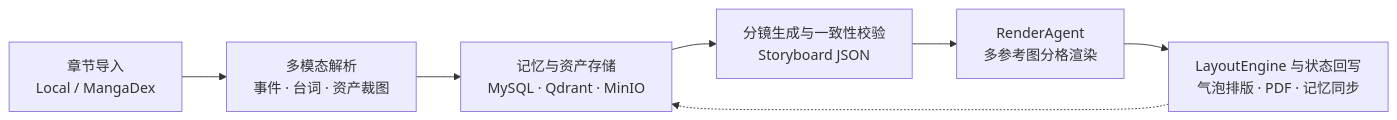
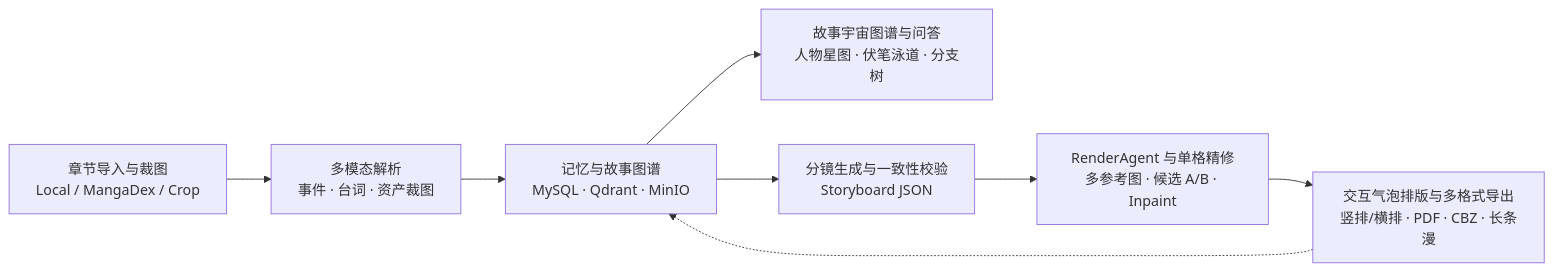
The diagram in README.zh-CN.md (Gwen0x4c3/manga-forge), drawn with Mermaid before and after one commit. The commit also changed other lines of this file and 18 other files, not shown here.

````diff
--- a/README.zh-CN.md
+++ b/README.zh-CN.md
@@ -64,9 +91,10 @@
 ```mermaid
 flowchart LR
-    Ingest["章节导入<br/>Local / MangaDex"] --> Understand["多模态解析<br/>事件 · 台词 · 资产裁图"]
-    Understand --> Memory["记忆与资产存储<br/>MySQL · Qdrant · MinIO"]
+    Ingest["章节导入与裁图<br/>Local / MangaDex / Crop"] --> Understand["多模态解析<br/>事件 · 台词 · 资产裁图"]
+    Understand --> Memory["记忆与故事图谱<br/>MySQL · Qdrant · MinIO"]
+    Memory --> Atlas["故事宇宙图谱与问答<br/>人物星图 · 伏笔泳道 · 分支树"]
     Memory --> Script["分镜生成与一致性校验<br/>Storyboard JSON"]
-    Script --> Render["RenderAgent<br/>多参考图分格渲染"]
-    Render --> Layout["LayoutEngine 与状态回写<br/>气泡排版 · PDF · 记忆同步"]
+    Script --> Render["RenderAgent 与单格精修<br/>多参考图 · 候选 A/B · Inpaint"]
+    Render --> Layout["交互气泡排版与多格式导出<br/>竖排/横排 · PDF · CBZ · 长条漫"]
     Layout -.-> Memory
 ```
````
